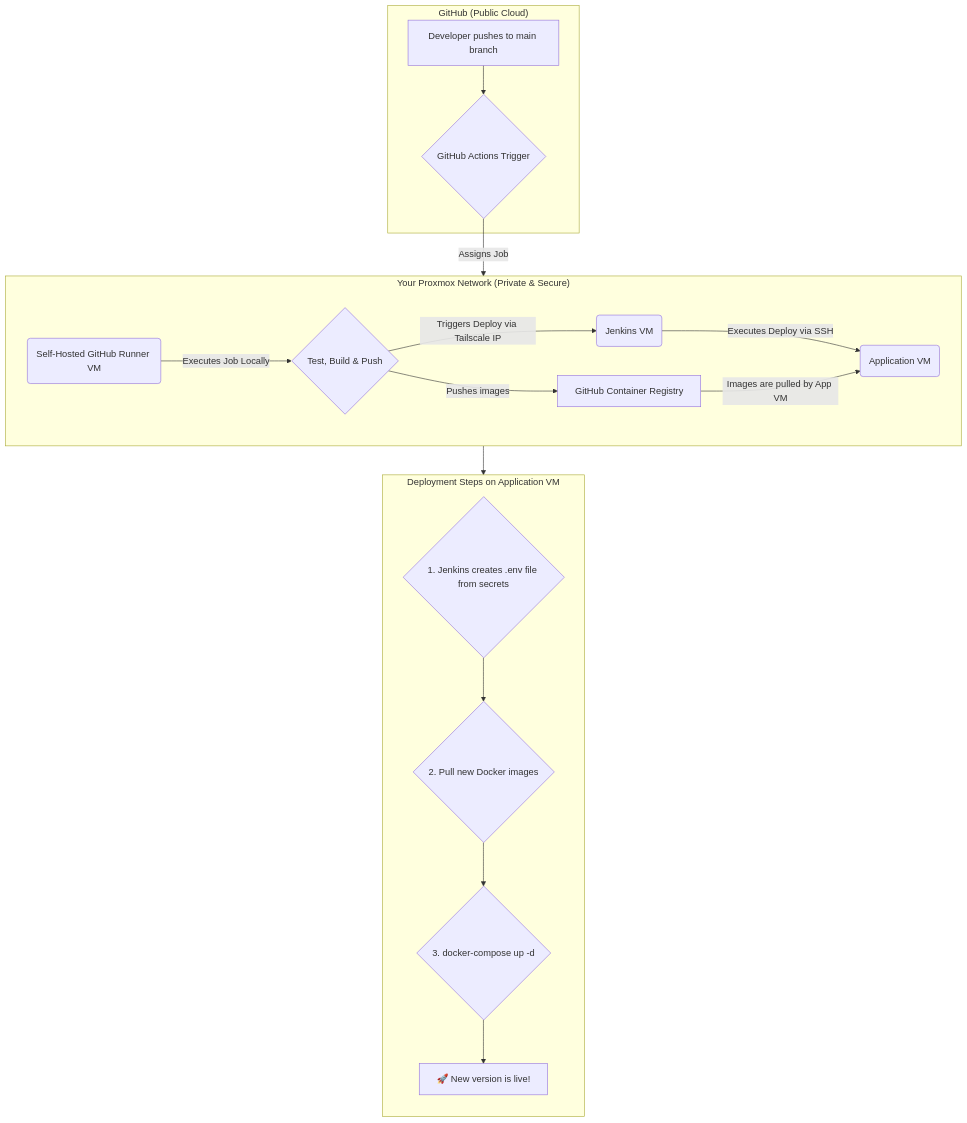
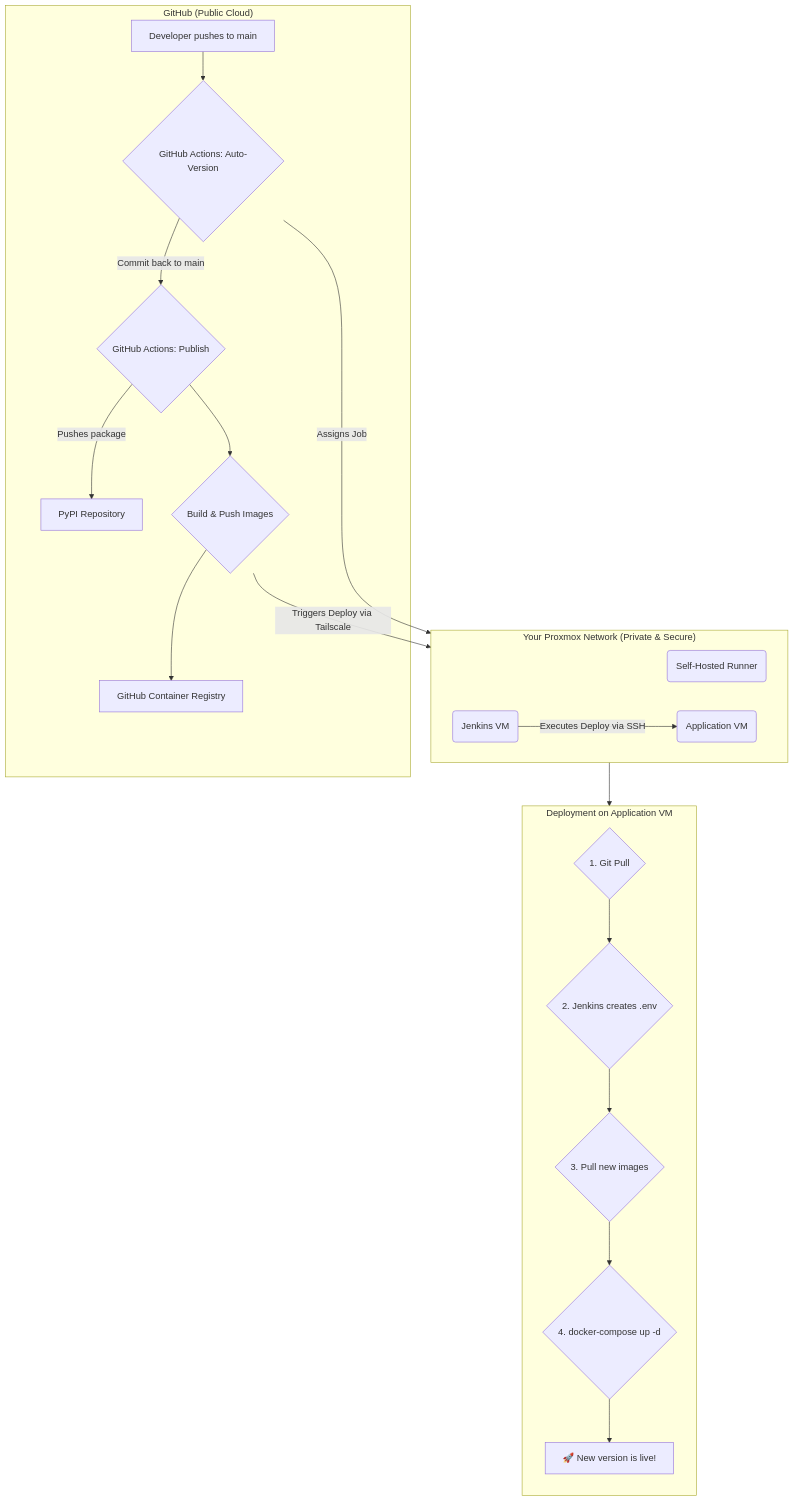
Before and after one commit to Ackrome/matplobbot: the second of 2 diagrams in README.md, drawn with Mermaid. The commit also changed other lines of this file and 4 other files, not shown here.

````diff
--- a/README.md
+++ b/README.md
@@ -254,29 +289,31 @@
 ```mermaid
 graph TD
     subgraph "GitHub (Public Cloud)"
-        A[Developer pushes to main branch] --> B{GitHub Actions Trigger};
+        A[Developer pushes to main] --> B{GitHub Actions: Auto-Version};
+        B --> |Commit back to main| C{GitHub Actions: Publish};
+        C --> |Pushes package| D[PyPI Repository];
+        C --> E{Build & Push Images};
+        E --> F[GitHub Container Registry];
     end
 
     subgraph "Your Proxmox Network (Private & Secure)"
         direction LR
-        C(Self-Hosted GitHub Runner VM)
-        D(Jenkins VM)
-        E(Application VM)
+        G(Self-Hosted Runner)
+        H(Jenkins VM)
+        I(Application VM)
 
-        C -- "Executes Job Locally" --> F{Test, Build & Push};
-        F -- "Pushes images" --> G[GitHub Container Registry];
-        F -- "Triggers Deploy via Tailscale IP" --> D;
-        D -- "Executes Deploy via SSH" --> E;
+        E -- "Triggers Deploy via Tailscale" --> H;
+        H -- "Executes Deploy via SSH" --> I;
     end
-    
-    B -- "Assigns Job" --> C;
-    G -- "Images are pulled by App VM" --> E;
 
-    subgraph "Deployment Steps on Application VM"
+    B -- "Assigns Job" --> G;
+
+    subgraph "Deployment on Application VM"
         direction TB
-        E --> H{1. Jenkins creates .env file from secrets};
-        H --> I{2. Pull new Docker images};
-        I --> J{3. docker-compose up -d};
-        J --> K[🚀 New version is live!];
+        I --> J{1. Git Pull};
+        J --> K{2. Jenkins creates .env};
+        K --> L{3. Pull new images};
+        L --> M{4. docker-compose up -d};
+        M --> N[🚀 New version is live!];
     end
 ```
````
